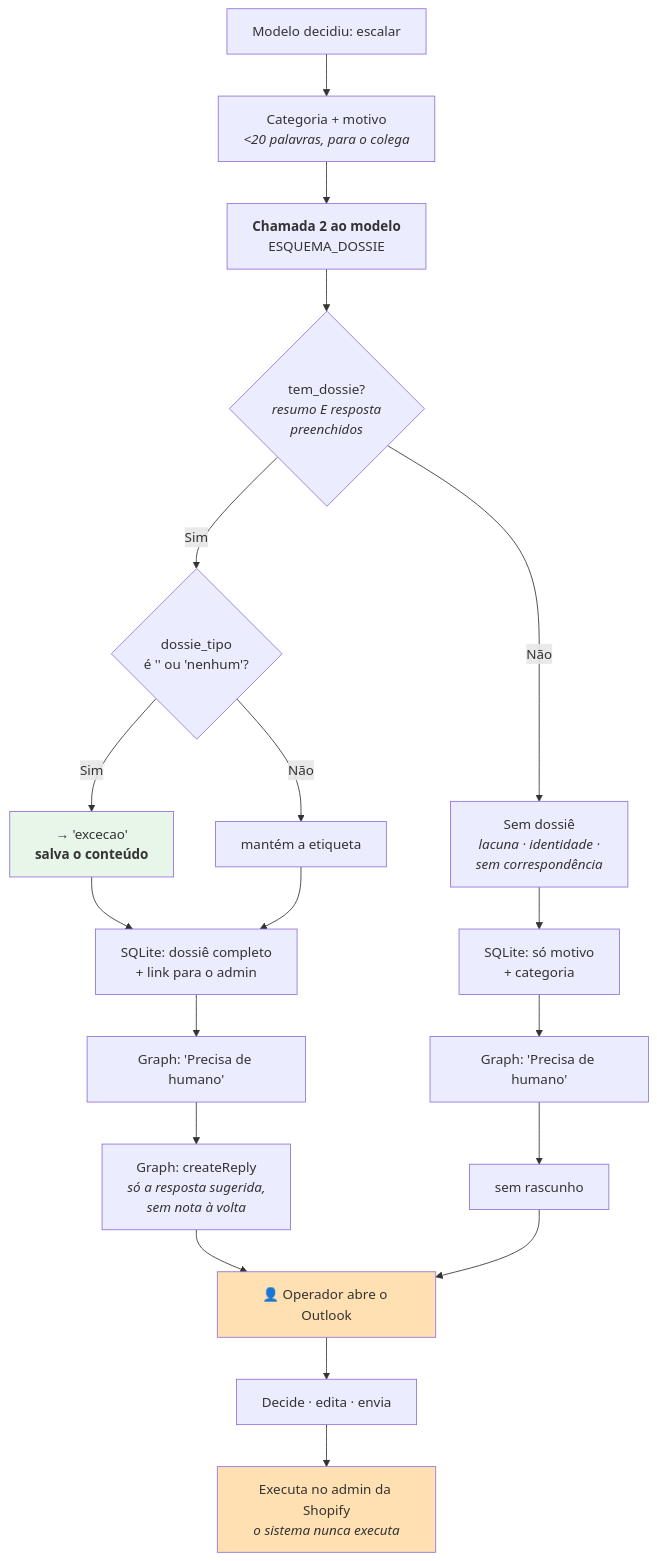
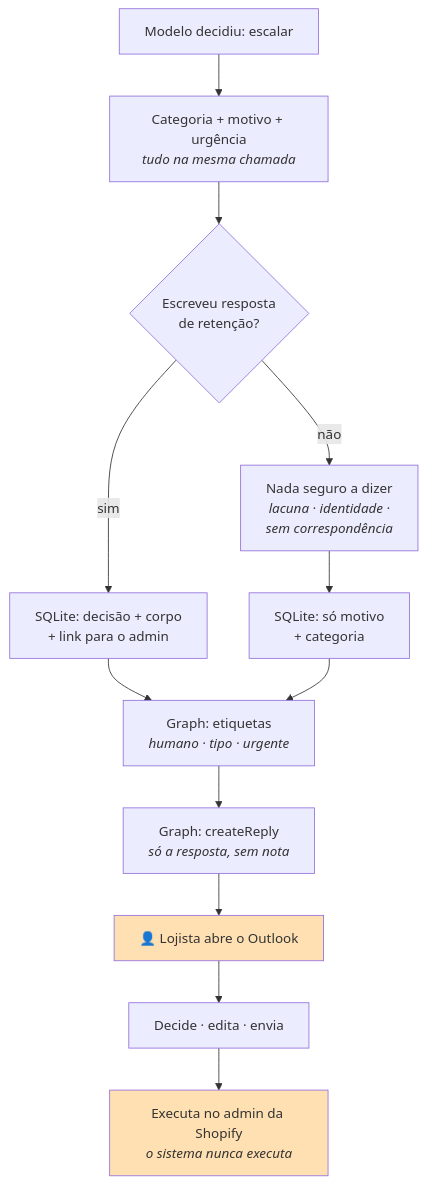
Before and after one commit to joaocarvalhini/Outlook-Reply-Assistant: the first of 2 diagrams in docs/05-reliability/escalation.md, drawn with Mermaid. The commit also changed other lines of this file and 21 other files, not shown here.

````diff
--- a/docs/05-reliability/escalation.md
+++ b/docs/05-reliability/escalation.md
@@ -59,27 +57,20 @@
 ```mermaid
 flowchart TD
-    ESC["Modelo decidiu: escalar"] --> CAT["Categoria + motivo<br/><i>&lt;20 palavras, para o colega</i>"]
-    CAT --> CH2["<b>Chamada 2 ao modelo</b><br/>ESQUEMA_DOSSIE"]
-    CH2 --> DOSS{"tem_dossie?<br/><i>resumo E resposta<br/>preenchidos</i>"}
+    ESC["Modelo decidiu: escalar"] --> CAT["Categoria + motivo + urgência<br/><i>tudo na mesma chamada</i>"]
+    CAT --> CORPO{"Escreveu resposta<br/>de retenção?"}
 
-    DOSS -->|Não| SEM["Sem dossiê<br/><i>lacuna · identidade ·<br/>sem correspondência</i>"]
-    DOSS -->|Sim| TIPO{"dossie_tipo<br/>é '' ou 'nenhum'?"}
-    TIPO -->|Sim| FIX["→ 'excecao'<br/><b>salva o conteúdo</b>"]
-    TIPO -->|Não| MANT["mantém a etiqueta"]
-
-    FIX & MANT --> GRAVA["SQLite: dossiê completo<br/>+ link para o admin"]
+    CORPO -->|"não"| SEM["Nada seguro a dizer<br/><i>lacuna · identidade ·<br/>sem correspondência</i>"]
+    CORPO -->|"sim"| GRAVA["SQLite: decisão + corpo<br/>+ link para o admin"]
     SEM --> GRAVA2["SQLite: só motivo<br/>+ categoria"]
 
-    GRAVA --> MARCA["Graph: 'Precisa de humano'"]
-    GRAVA2 --> MARCA2["Graph: 'Precisa de humano'"]
-    MARCA --> RASC["Graph: createReply<br/><i>só a resposta sugerida,<br/>sem nota à volta</i>"]
-    MARCA2 --> NADA["sem rascunho"]
+    GRAVA --> MARCA["Graph: etiquetas<br/><i>humano · tipo · urgente</i>"]
+    GRAVA2 --> MARCA
+    MARCA --> RASC["Graph: createReply<br/><i>só a resposta, sem nota</i>"]
 
-    RASC & NADA --> H["👤 Operador abre o Outlook"]
+    RASC --> H["👤 Lojista abre o Outlook"]
     H --> DEC["Decide · edita · envia"]
     DEC --> SHOP["Executa no admin da Shopify<br/><i>o sistema nunca executa</i>"]
 
     style H fill:#ffe0b2
     style SHOP fill:#ffe0b2
-    style FIX fill:#e8f5e9
 ```
````
